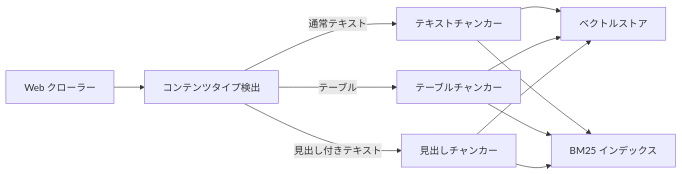
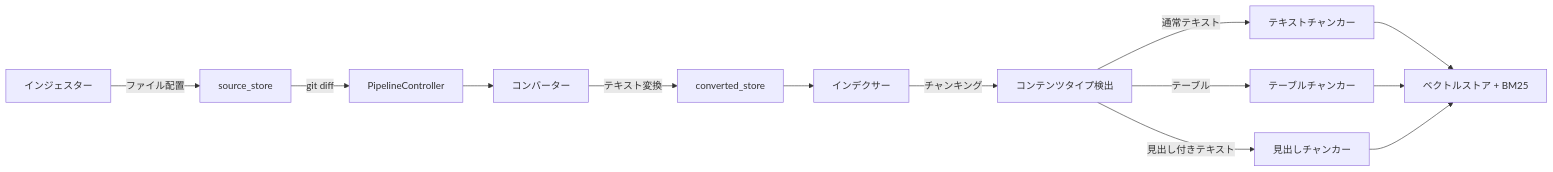
The second of 4 diagrams in docs/specs/rag-knowledge.md (becky3/rag-knowledge), drawn with Mermaid before and after one commit. The commit also changed other lines of this file and 29 other files, not shown here.

````diff
--- a/docs/specs/rag-knowledge.md
+++ b/docs/specs/rag-knowledge.md
@@ -214,13 +234,15 @@
 ```mermaid
 flowchart LR
-    CRAWL["Web クローラー"] --> DETECT["コンテンツタイプ検出"]
+    ING["インジェスター"] -->|ファイル配置| SS["source_store"]
+    SS -->|git diff| PC["PipelineController"]
+    PC --> CONV["コンバーター"]
+    CONV -->|テキスト変換| CS["converted_store"]
+    CS --> IDX["インデクサー"]
+    IDX -->|チャンキング| DETECT["コンテンツタイプ検出"]
     DETECT -->|通常テキスト| CP["テキストチャンカー"]
     DETECT -->|テーブル| CT["テーブルチャンカー"]
     DETECT -->|見出し付きテキスト| CH["見出しチャンカー"]
-    CP --> VS["ベクトルストア"]
+    CP --> VS["ベクトルストア + BM25"]
     CT --> VS
     CH --> VS
-    CP --> BM["BM25 インデックス"]
-    CT --> BM
-    CH --> BM
 ```
````
